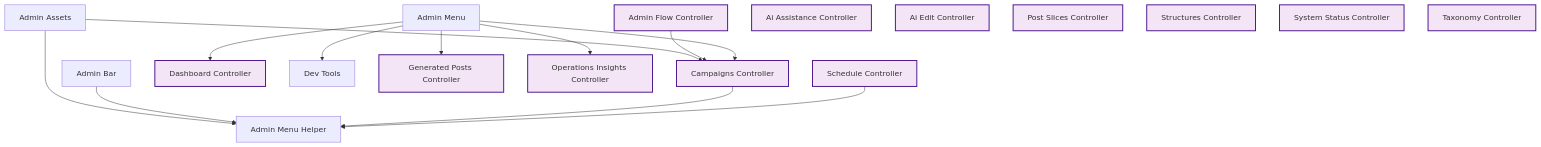
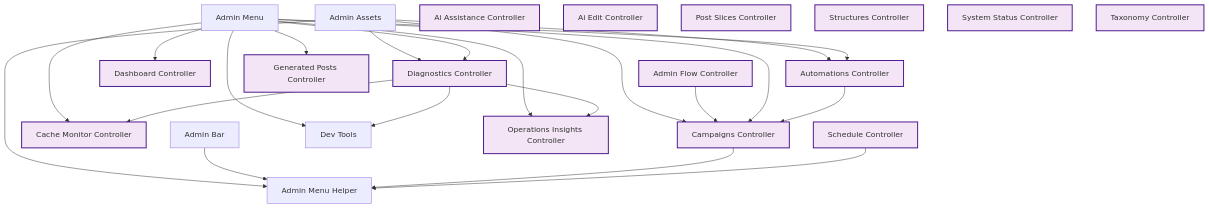
One commit to rpnunez/wp-ai-scheduler changed diagram 13 of 19 in docs/feature-report.md. Above: the diagram before and after it, drawn with Mermaid. The commit also changed other lines of this file and 1 other file, not shown here.

````diff
--- a/docs/feature-report.md
+++ b/docs/feature-report.md
@@ -712,39 +713,51 @@
 ```mermaid
 flowchart TD
     %% User Interface & Admin Architecture
 
     Admin_Assets["Admin Assets"]
     Admin_Bar["Admin Bar"]
     Admin_Flow_Controller["Admin Flow Controller"]
     Admin_Menu_Helper["Admin Menu Helper"]
     Admin_Menu["Admin Menu"]
     AI_Assistance_Controller["Ai Assistance Controller"]
     AI_Edit_Controller["Ai Edit Controller"]
+    Automations_Controller["Automations Controller"]
+    Cache_Monitor_Controller["Cache Monitor Controller"]
     Campaigns_Controller["Campaigns Controller"]
     Dashboard_Controller["Dashboard Controller"]
     Dev_Tools["Dev Tools"]
+    Diagnostics_Controller["Diagnostics Controller"]
     Generated_Posts_Controller["Generated Posts Controller"]
     Operations_Insights_Controller["Operations Insights Controller"]
     Post_Slices_Controller["Post Slices Controller"]
     Schedule_Controller["Schedule Controller"]
     Structures_Controller["Structures Controller"]
     System_Status_Controller["System Status Controller"]
     Taxonomy_Controller["Taxonomy Controller"]
 
     Admin_Assets --> Admin_Menu_Helper
+    Admin_Assets --> Automations_Controller
     Admin_Assets --> Campaigns_Controller
+    Admin_Assets --> Diagnostics_Controller
     Admin_Bar --> Admin_Menu_Helper
     Admin_Flow_Controller --> Campaigns_Controller
+    Admin_Menu --> Automations_Controller
+    Admin_Menu --> Cache_Monitor_Controller
     Admin_Menu --> Campaigns_Controller
     Admin_Menu --> Dashboard_Controller
     Admin_Menu --> Dev_Tools
+    Admin_Menu --> Diagnostics_Controller
     Admin_Menu --> Generated_Posts_Controller
     Admin_Menu --> Operations_Insights_Controller
+    Automations_Controller --> Campaigns_Controller
     Campaigns_Controller --> Admin_Menu_Helper
+    Diagnostics_Controller --> Cache_Monitor_Controller
+    Diagnostics_Controller --> Dev_Tools
+    Diagnostics_Controller --> Operations_Insights_Controller
     Schedule_Controller --> Admin_Menu_Helper
 
     classDef repository fill:#e1f5ff,stroke:#01579b,stroke-width:2px
     classDef service fill:#fff3e0,stroke:#e65100,stroke-width:2px
     classDef controller fill:#f3e5f5,stroke:#4a148c,stroke-width:2px
-    class Admin_Flow_Controller,AI_Assistance_Controller,AI_Edit_Controller,Campaigns_Controller,Dashboard_Controller,Generated_Posts_Controller,Operations_Insights_Controller,Post_Slices_Controller,Schedule_Controller,Structures_Controller,System_Status_Controller,Taxonomy_Controller controller
+    class Admin_Flow_Controller,AI_Assistance_Controller,AI_Edit_Controller,Automations_Controller,Cache_Monitor_Controller,Campaigns_Controller,Dashboard_Controller,Diagnostics_Controller,Generated_Posts_Controller,Operations_Insights_Controller,Post_Slices_Controller,Schedule_Controller,Structures_Controller,System_Status_Controller,Taxonomy_Controller controller
 ```
````
